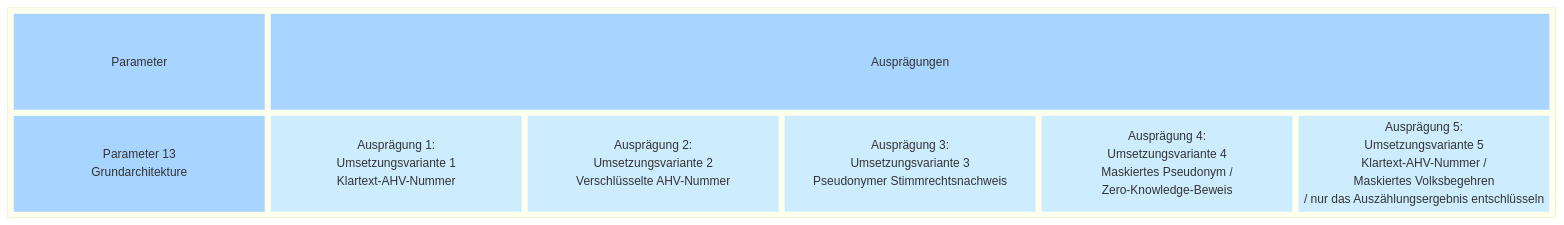
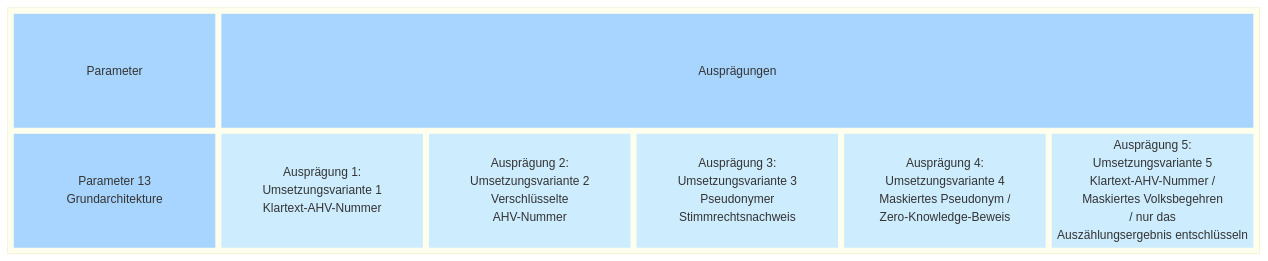
One commit to swiss/e-collecting changed the second of 2 diagrams in docs/morphological-box/parameter-13.md. Above: the diagram before and after it, drawn with Mermaid.

````diff
--- a/docs/morphological-box/parameter-13.md
+++ b/docs/morphological-box/parameter-13.md
@@ -74,36 +74,39 @@
 ```mermaid
 block
   block
     columns 6
     t1["Parameter"]
     t2["Ausprägungen"]:5
     d["Parameter 13
     Grundarchitekture"]
     a1["Ausprägung 1:
     Umsetzungsvariante 1
     Klartext-AHV-Nummer"]
     a2["Ausprägung 2:
     Umsetzungsvariante 2
-    Verschlüsselte AHV-Nummer"]
+    Verschlüsselte
+    AHV-Nummer"]
     a3["Ausprägung 3:
     Umsetzungsvariante 3
-    Pseudonymer Stimmrechtsnachweis"]
+    Pseudonymer
+    Stimmrechtsnachweis"]
     a4["Ausprägung 4:
     Umsetzungsvariante 4
     Maskiertes Pseudonym /
     Zero-Knowledge-Beweis"]
     a5["Ausprägung 5:
     Umsetzungsvariante 5
     Klartext-AHV-Nummer /
     Maskiertes Volksbegehren
-     / nur das Auszählungsergebnis entschlüsseln"]
+     / nur das
+    Auszählungsergebnis entschlüsseln"]
    style t1 fill:#a8d5ff,stroke-width:0px
     style t2 fill:#a8d5ff,stroke-width:0px
     style d fill:#a8d5ff,stroke-width:0px,text-valign:top
     style a1 fill:#cdedff,stroke-width:0px
     style a2 fill:#cdedff,stroke-width:0px
     style a3 fill:#cdedff,stroke-width:0px
     style a4 fill:#cdedff,stroke-width:0px
     style a5 fill:#cdedff,stroke-width:0px
   end
 ```
````
